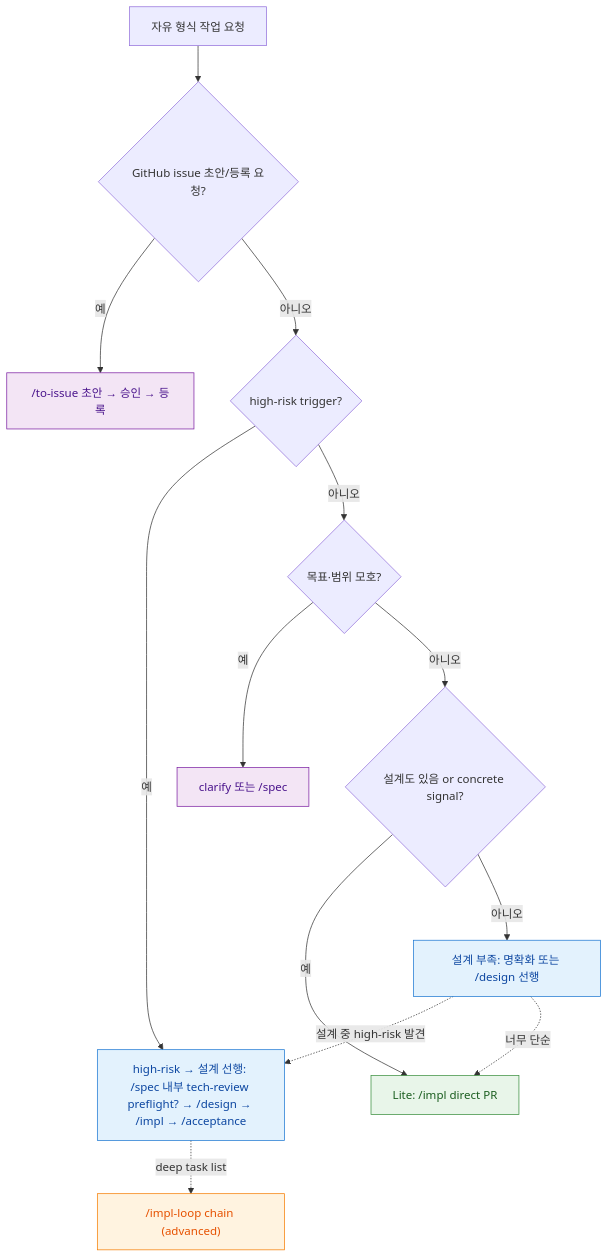
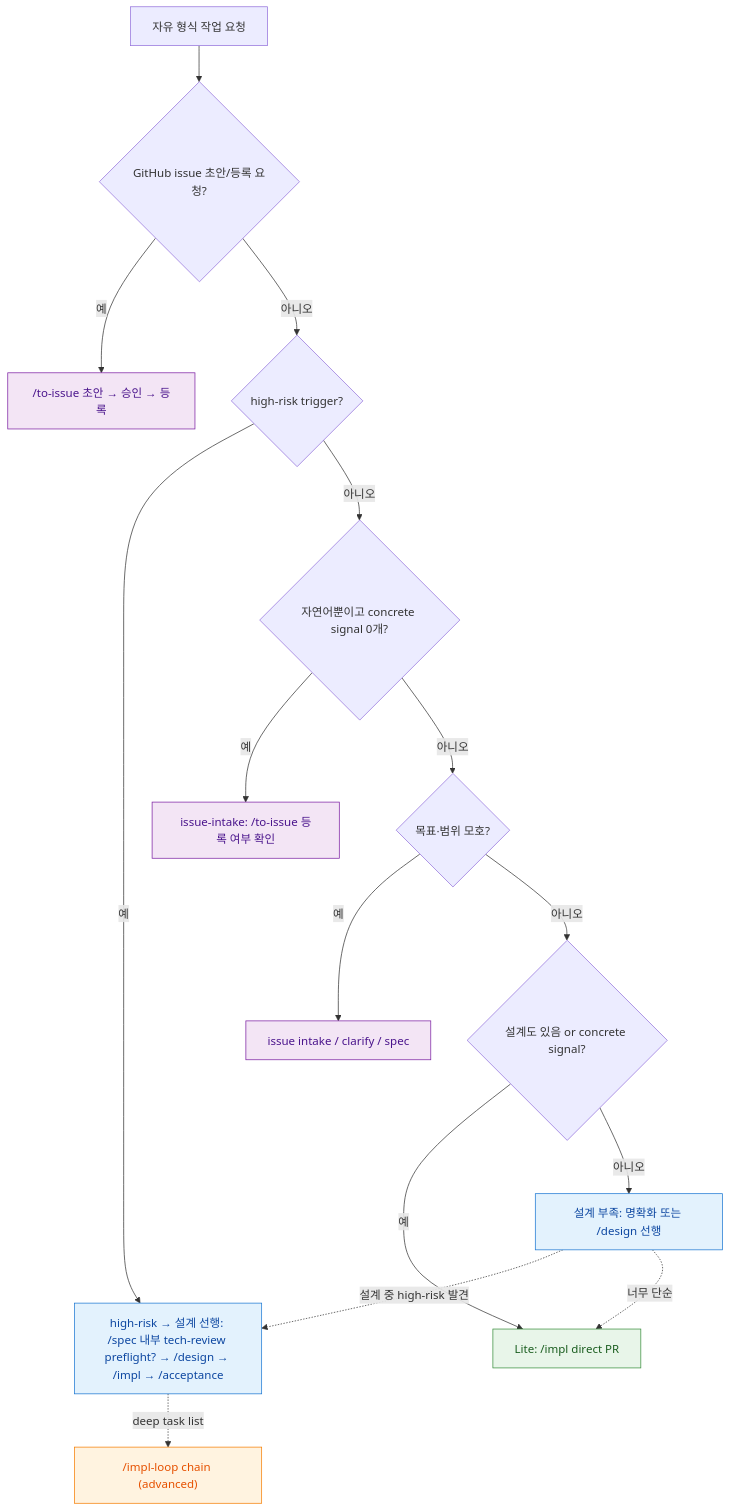
The diagram in docs/plugin/workflow-router.md (Daeguk-Sun/dcNess), drawn with Mermaid before and after one commit. The commit also changed other lines of this file and 10 other files, not shown here.

````diff
--- a/docs/plugin/workflow-router.md
+++ b/docs/plugin/workflow-router.md
@@ -45,26 +46,29 @@
 ```mermaid
 flowchart TB
   REQ["자유 형식 작업 요청"] --> MAKE{"GitHub issue 초안/등록 요청?"}
   MAKE -->|예| TI["/to-issue 초안 → 승인 → 등록"]
   MAKE -->|아니오| HR{"high-risk trigger?"}
   HR -->|예| DP["high-risk → 설계 선행: /spec 내부 tech-review preflight? → /design → /impl → /acceptance"]
-  HR -->|아니오| AM{"목표·범위 모호?"}
-  AM -->|예| CL["clarify 또는 /spec"]
+  HR -->|아니오| NL{"자연어뿐이고 concrete signal 0개?"}
+  NL -->|예| II["issue-intake: /to-issue 등록 여부 확인"]
+  NL -->|아니오| AM{"목표·범위 모호?"}
+  AM -->|예| CL["issue intake / clarify / spec"]
   AM -->|아니오| CS{"설계도 있음 or concrete signal?"}
   CS -->|예| LT["Lite: /impl direct PR"]
   CS -->|아니오| ST["설계 부족: 명확화 또는 /design 선행"]
   ST -.->|설계 중 high-risk 발견| DP
   ST -.->|너무 단순| LT
   DP -.->|deep task list| SHAPE["/impl-loop chain (advanced)"]
 
   classDef gate fill:#e3f2fd,stroke:#1976d2,color:#0d47a1
   classDef shape fill:#fff3e0,stroke:#f57c00,color:#e65100
   classDef clar fill:#f3e5f5,stroke:#7b1fa2,color:#4a148c
   classDef direct fill:#e8f5e9,stroke:#388e3c,color:#1b5e20
   class DP gate
   class SHAPE shape
   class CL clar
+  class II clar
   class TI clar
   class LT direct
   class ST gate
 ```
````
